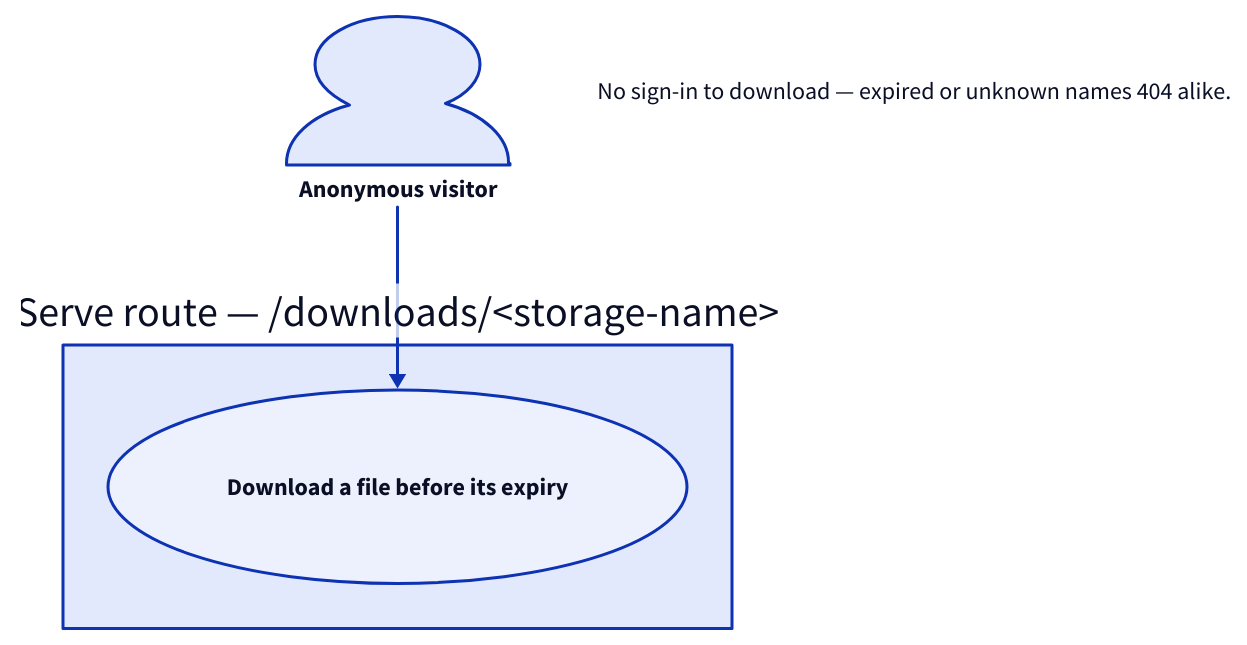
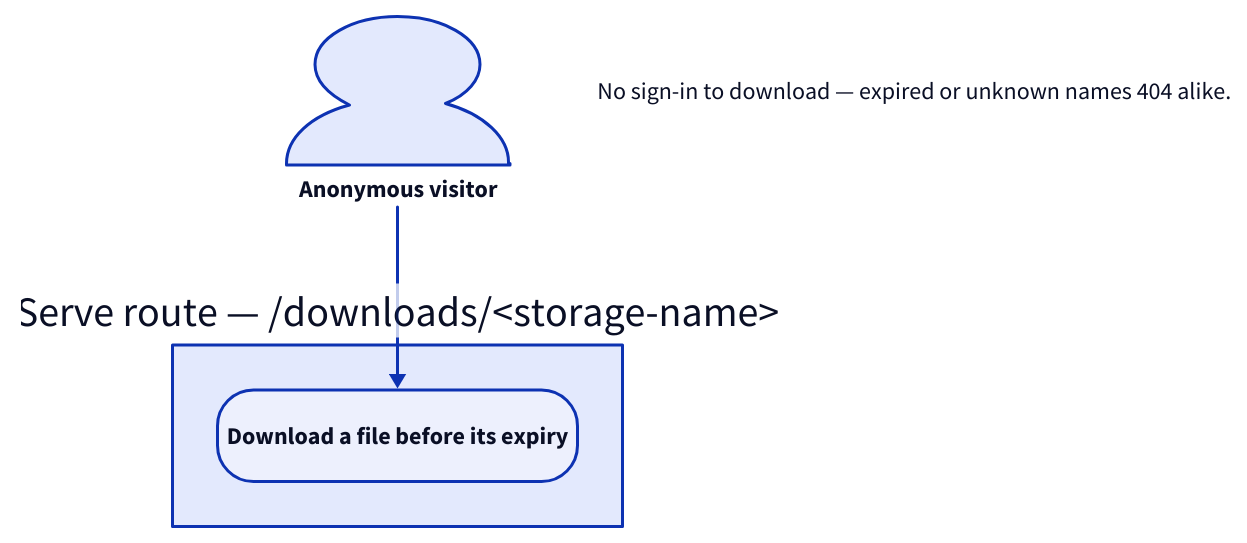
Before and after one commit to aitchnyu/agent-beta: the second of 4 diagrams in docs/reference/ourapp/docs/downloads.md, drawn with D2. The commit also changed other lines of this file and 33 other files, not shown here.

````diff
--- a/docs/reference/ourapp/docs/downloads.md
+++ b/docs/reference/ourapp/docs/downloads.md
@@ -21,9 +21,9 @@
 ```d2
 direction: down
 guest: Anonymous visitor {shape: person}
 serve: Serve route — /downloads/<storage-name> {
-  get: Download a file before its expiry {shape: oval}
+  get: Download a file before its expiry {width: 240; style.border-radius: 24}
 }
 guest -> serve.get
 note: No sign-in to download — expired or unknown names 404 alike. {shape: text}
 ```
````
